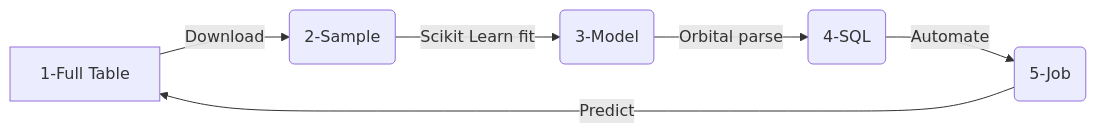
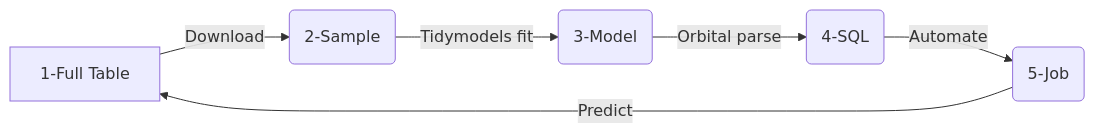
Before and after one commit to edgararuiz/talks: the diagram in orbiting/databricks_orbital_tidymodels.qmd, drawn with Mermaid. The commit also changed other lines of this file, not shown here.

````diff
--- a/orbiting/databricks_orbital_tidymodels.qmd
+++ b/orbiting/databricks_orbital_tidymodels.qmd
@@ -44,8 +44,8 @@
 ```{mermaid}
 flowchart LR
   A[1-Full Table] --Download--> B(2-Sample) 
-  B--Scikit Learn fit-->C(3-Model)
+  B--Tidymodels fit-->C(3-Model)
   C--Orbital parse-->D(4-SQL)
   D--Automate-->E(5-Job)
   E--Predict-->A
 ```
````
